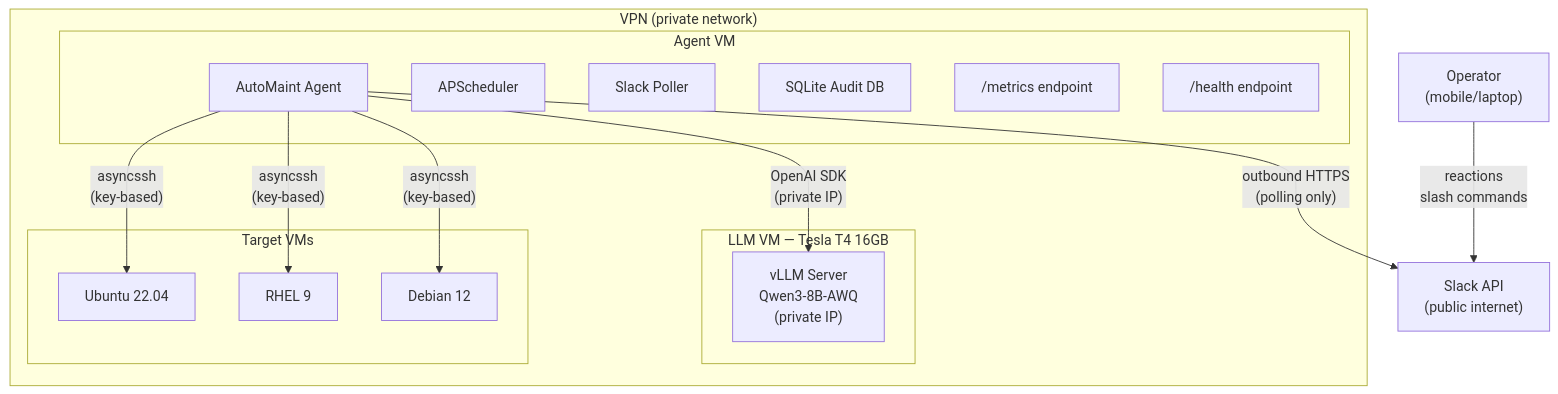
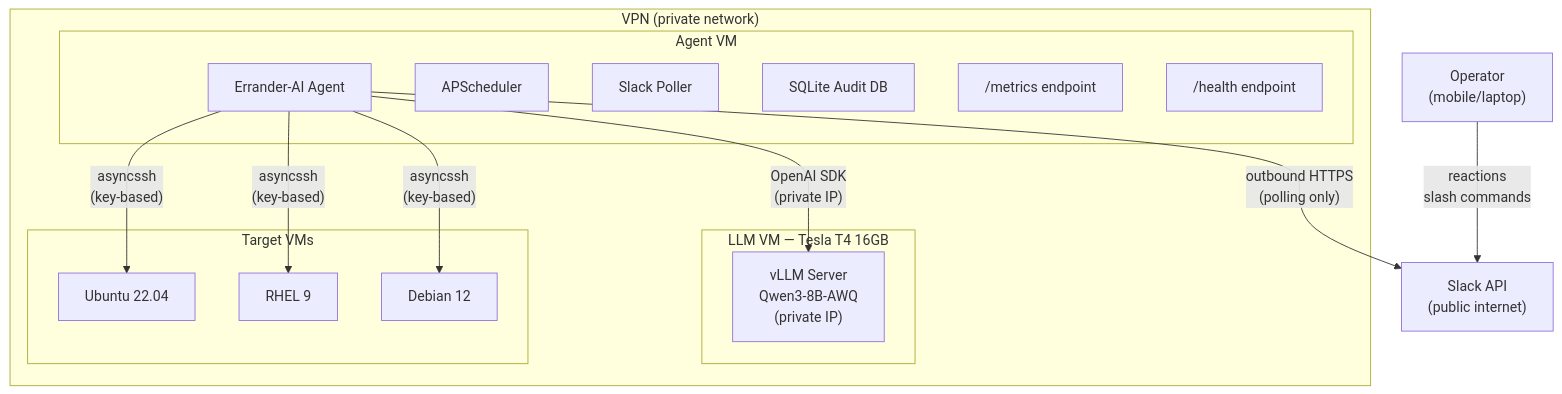
Before and after one commit to psc0des/Errander-AI: the first of 12 diagrams in docs/SPEC.md, drawn with Mermaid. The commit also changed other lines of this file and 184 other files, not shown here.

````diff
--- a/docs/SPEC.md
+++ b/docs/SPEC.md
@@ -55,28 +55,28 @@
 ```mermaid
 graph TB
     subgraph VPN["VPN (private network)"]
         subgraph LLM_VM["LLM VM — Tesla T4 16GB"]
             vllm["vLLM Server<br/>Qwen3-8B-AWQ<br/>(private IP)"]
         end
         subgraph Agent_VM["Agent VM"]
-            agent["AutoMaint Agent"]
+            agent["Errander-AI Agent"]
             sched["APScheduler"]
             poller["Slack Poller"]
             db["SQLite Audit DB"]
             metrics_ep["/metrics endpoint"]
             health_ep["/health endpoint"]
         end
         subgraph Targets["Target VMs"]
             vm1["Ubuntu 22.04"]
             vm2["RHEL 9"]
             vm3["Debian 12"]
         end
         agent -->|"OpenAI SDK<br/>(private IP)"| vllm
         agent -->|"asyncssh<br/>(key-based)"| vm1
         agent -->|"asyncssh<br/>(key-based)"| vm2
         agent -->|"asyncssh<br/>(key-based)"| vm3
     end
     agent -->|"outbound HTTPS<br/>(polling only)"| slack["Slack API<br/>(public internet)"]
     operator["Operator<br/>(mobile/laptop)"] -->|"reactions<br/>slash commands"| slack
 
 ```
````
